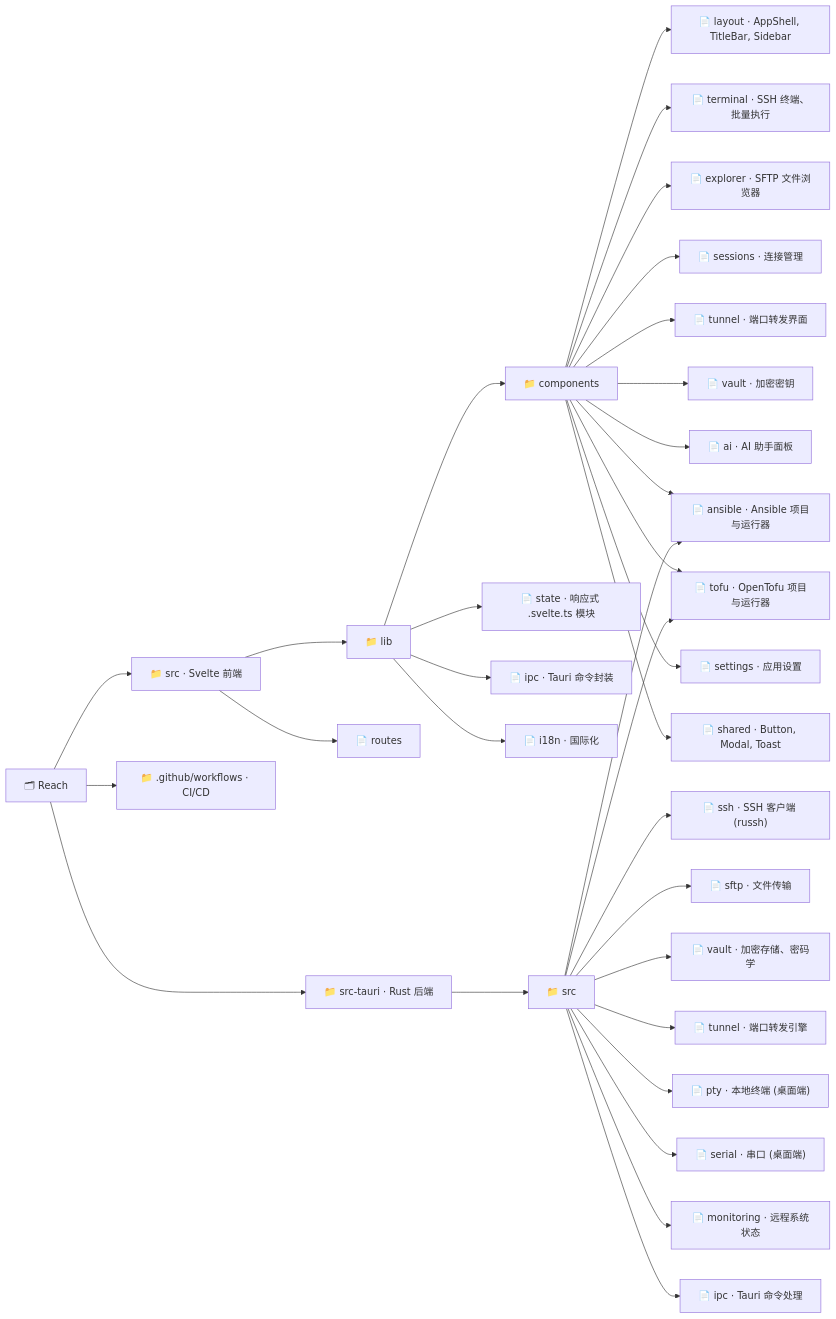
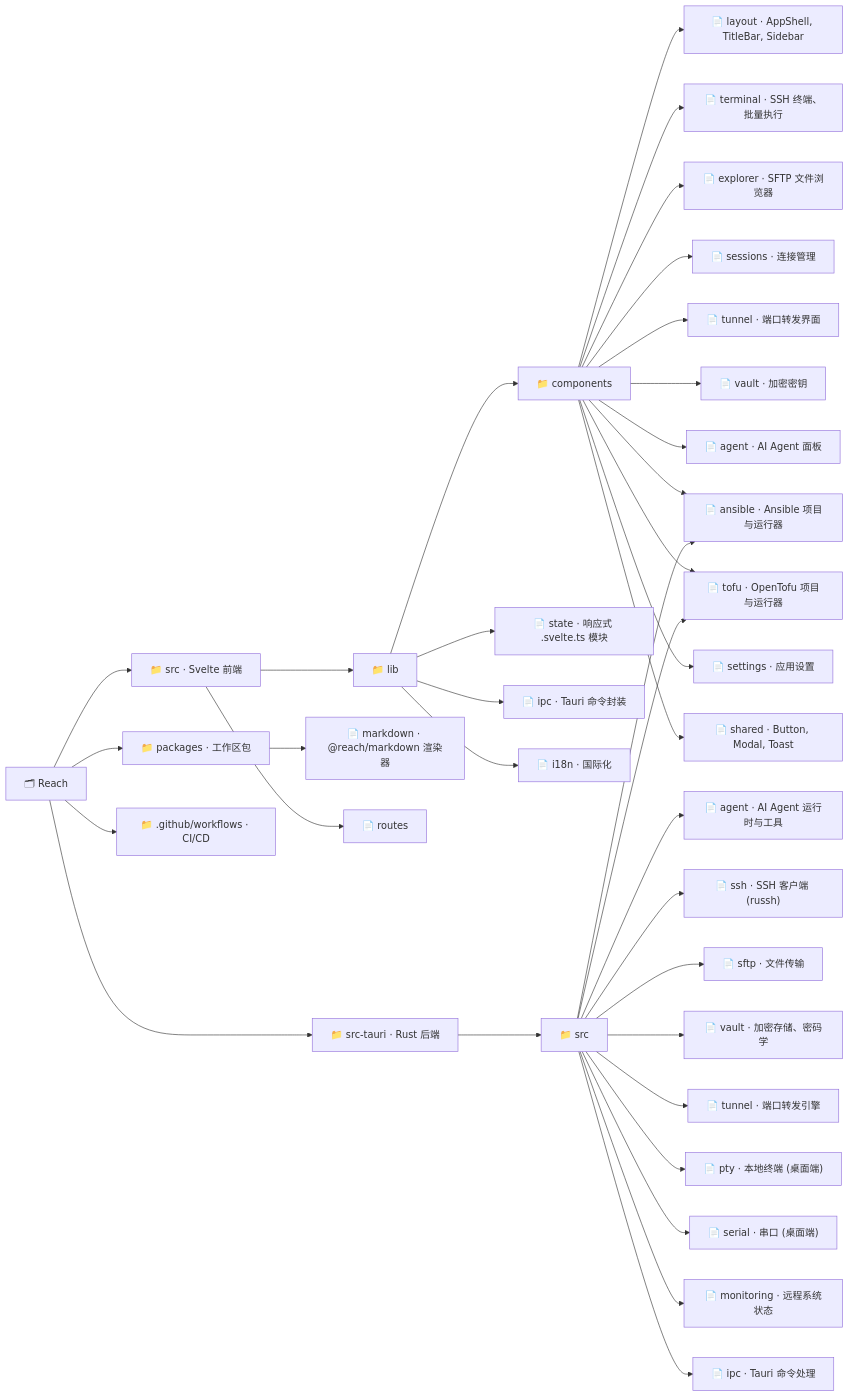
One commit to CPTProgrammer/ReachQ changed the diagram in README.zh-CN.md. Above: the diagram before and after it, drawn with Mermaid. The commit also changed other lines of this file and 1 other file, not shown here.

````diff
--- a/README.zh-CN.md
+++ b/README.zh-CN.md
@@ -154,40 +177,44 @@
 ```mermaid
 graph LR
   root["🗂 Reach"]
 
   root --> src["📁 src · Svelte 前端"]
   root --> tauri["📁 src-tauri · Rust 后端"]
+  root --> pkgs["📁 packages · 工作区包"]
   root --> gh["📁 .github/workflows · CI/CD"]
+
+  pkgs --> md["📄 markdown · @reach/markdown 渲染器"]
 
   src --> routes["📄 routes"]
   src --> lib["📁 lib"]
 
   lib --> components["📁 components"]
   lib --> state["📄 state · 响应式 .svelte.ts 模块"]
   lib --> ipc["📄 ipc · Tauri 命令封装"]
   lib --> i18n["📄 i18n · 国际化"]
 
   components --> layout["📄 layout · AppShell, TitleBar, Sidebar"]
   components --> terminal["📄 terminal · SSH 终端、批量执行"]
   components --> explorer["📄 explorer · SFTP 文件浏览器"]
   components --> sessions["📄 sessions · 连接管理"]
   components --> tunnel["📄 tunnel · 端口转发界面"]
   components --> vault["📄 vault · 加密密钥"]
-  components --> ai["📄 ai · AI 助手面板"]
+  components --> agent["📄 agent · AI Agent 面板"]
   components --> ansible["📄 ansible · Ansible 自动化"]
   components --> tofu["📄 tofu · OpenTofu IaC"]
   components --> settings["📄 settings · 应用设置"]
   components --> shared["📄 shared · Button, Modal, Toast"]
 
   tauri --> taurisrc["📁 src"]
+  taurisrc --> agentbe["📄 agent · AI Agent 运行时与工具"]
   taurisrc --> ssh["📄 ssh · SSH 客户端 (russh)"]
   taurisrc --> sftp["📄 sftp · 文件传输"]
   taurisrc --> tvault["📄 vault · 加密存储、密码学"]
   taurisrc --> ttunnel["📄 tunnel · 端口转发引擎"]
   taurisrc --> pty["📄 pty · 本地终端 (桌面端)"]
   taurisrc --> serial["📄 serial · 串口 (桌面端)"]
   taurisrc --> monitoring["📄 monitoring · 远程系统状态"]
   taurisrc --> ansible["📄 ansible · Ansible 项目与运行器"]
   taurisrc --> tofu["📄 tofu · OpenTofu 项目与运行器"]
   taurisrc --> tipc["📄 ipc · Tauri 命令处理"]
 ```
````
